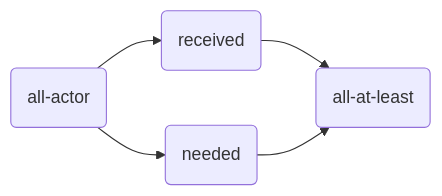
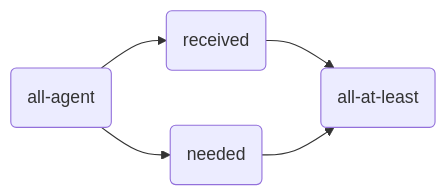
Before and after one commit to julianmendez/tiles: the second of 2 diagrams in docs/README.md, drawn with Mermaid. The commit also changed other lines of this file and 62 other files, not shown here.

````diff
--- a/docs/README.md
+++ b/docs/README.md
@@ -85,7 +85,7 @@
 ```mermaid
 graph LR
-  all-actor(all-actor) --> received
-  all-actor --> needed
+  all-agent(all-agent) --> received
+  all-agent --> needed
   received(received) --> all-at-least(all-at-least)
   needed(needed) -->  all-at-least
 ```
````
